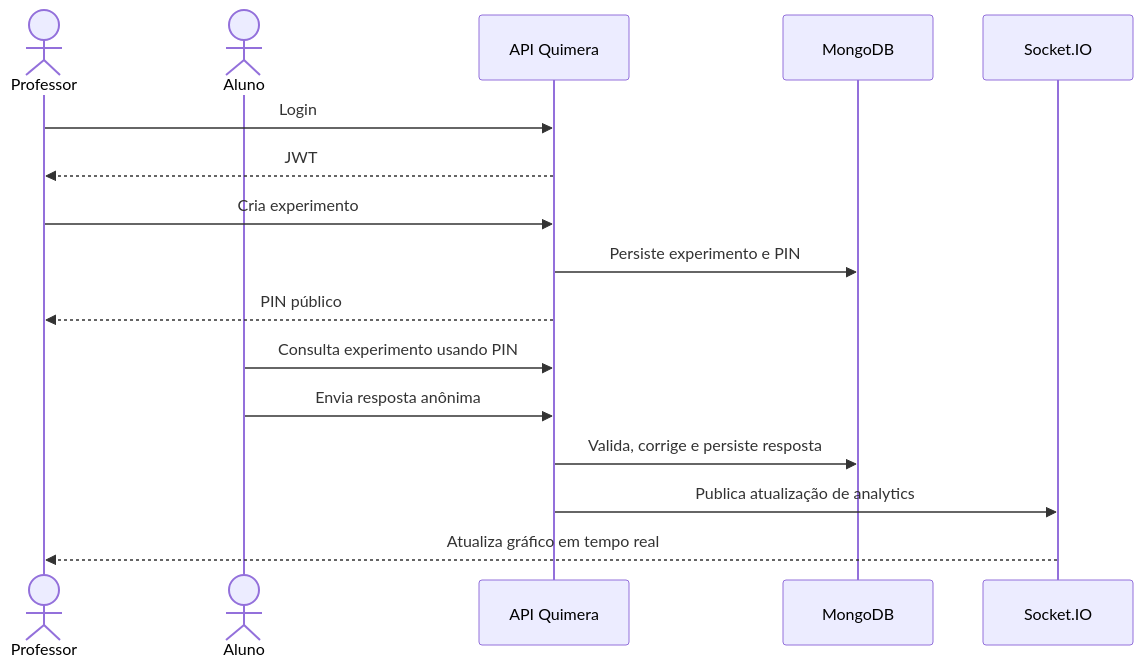
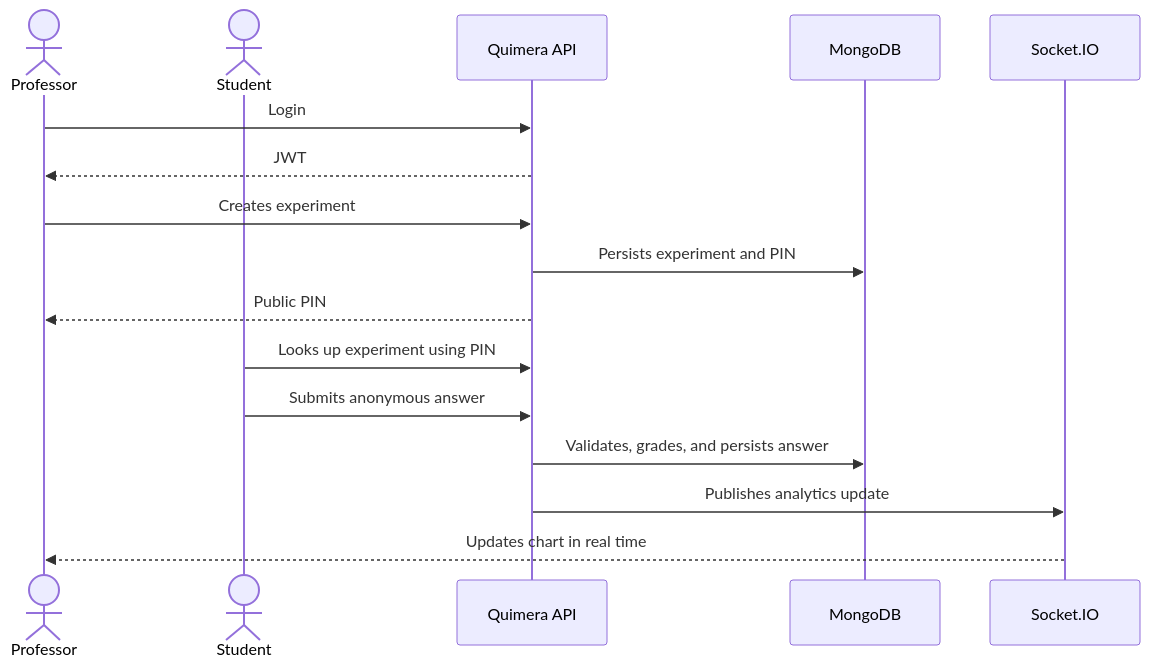
The diagram in README.md (Mariana-Evangelista/Projeto-Quimera-PIC-2024), drawn with Mermaid before and after one commit. The commit also changed other lines of this file, not shown here.

````diff
--- a/README.md
+++ b/README.md
@@ -74,19 +70,19 @@
 ```mermaid
 sequenceDiagram
     actor Professor
-    actor Aluno
-    participant API as API Quimera
+    actor Student
+    participant API as Quimera API
     participant DB as MongoDB
     participant RT as Socket.IO
 
     Professor->>API: Login
     API-->>Professor: JWT
-    Professor->>API: Cria experimento
-    API->>DB: Persiste experimento e PIN
-    API-->>Professor: PIN público
-    Aluno->>API: Consulta experimento usando PIN
-    Aluno->>API: Envia resposta anônima
-    API->>DB: Valida, corrige e persiste resposta
-    API->>RT: Publica atualização de analytics
-    RT-->>Professor: Atualiza gráfico em tempo real
+    Professor->>API: Creates experiment
+    API->>DB: Persists experiment and PIN
+    API-->>Professor: Public PIN
+    Student->>API: Looks up experiment using PIN
+    Student->>API: Submits anonymous answer
+    API->>DB: Validates, grades, and persists answer
+    API->>RT: Publishes analytics update
+    RT-->>Professor: Updates chart in real time
 ```
````
